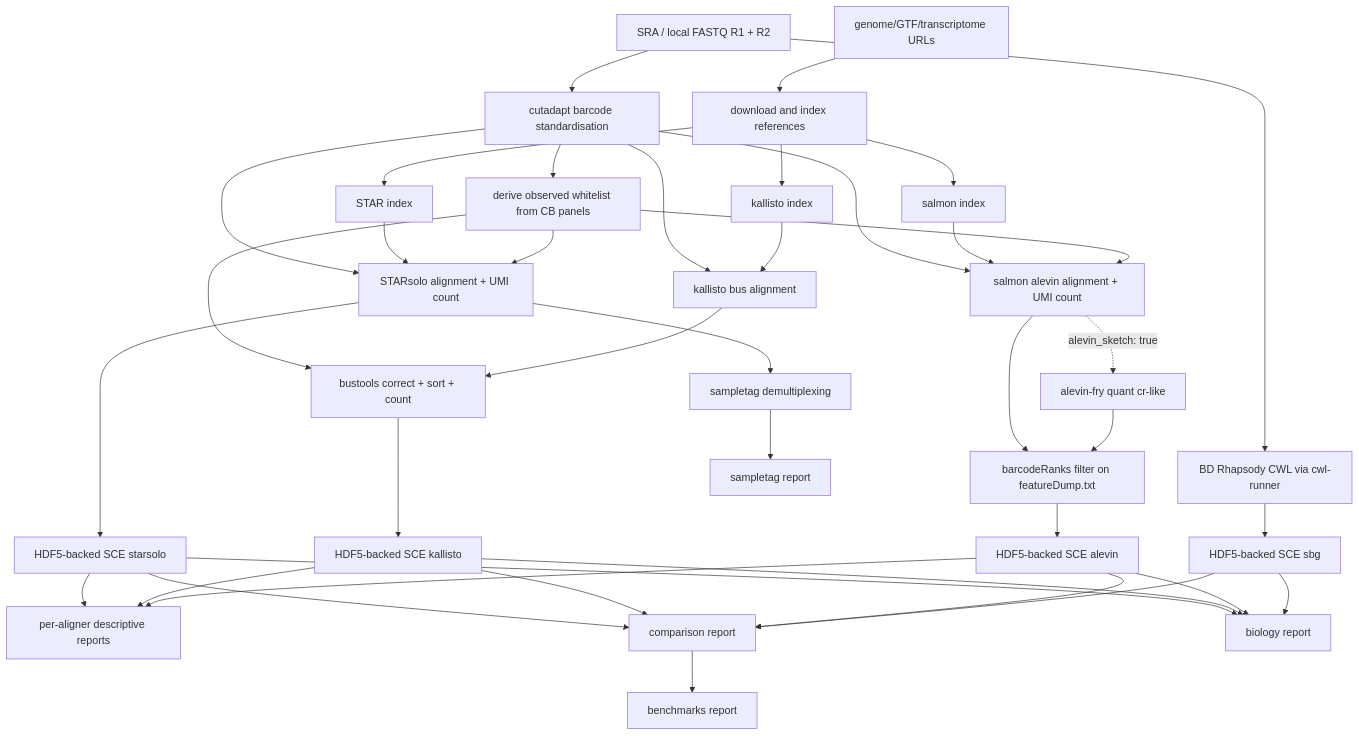
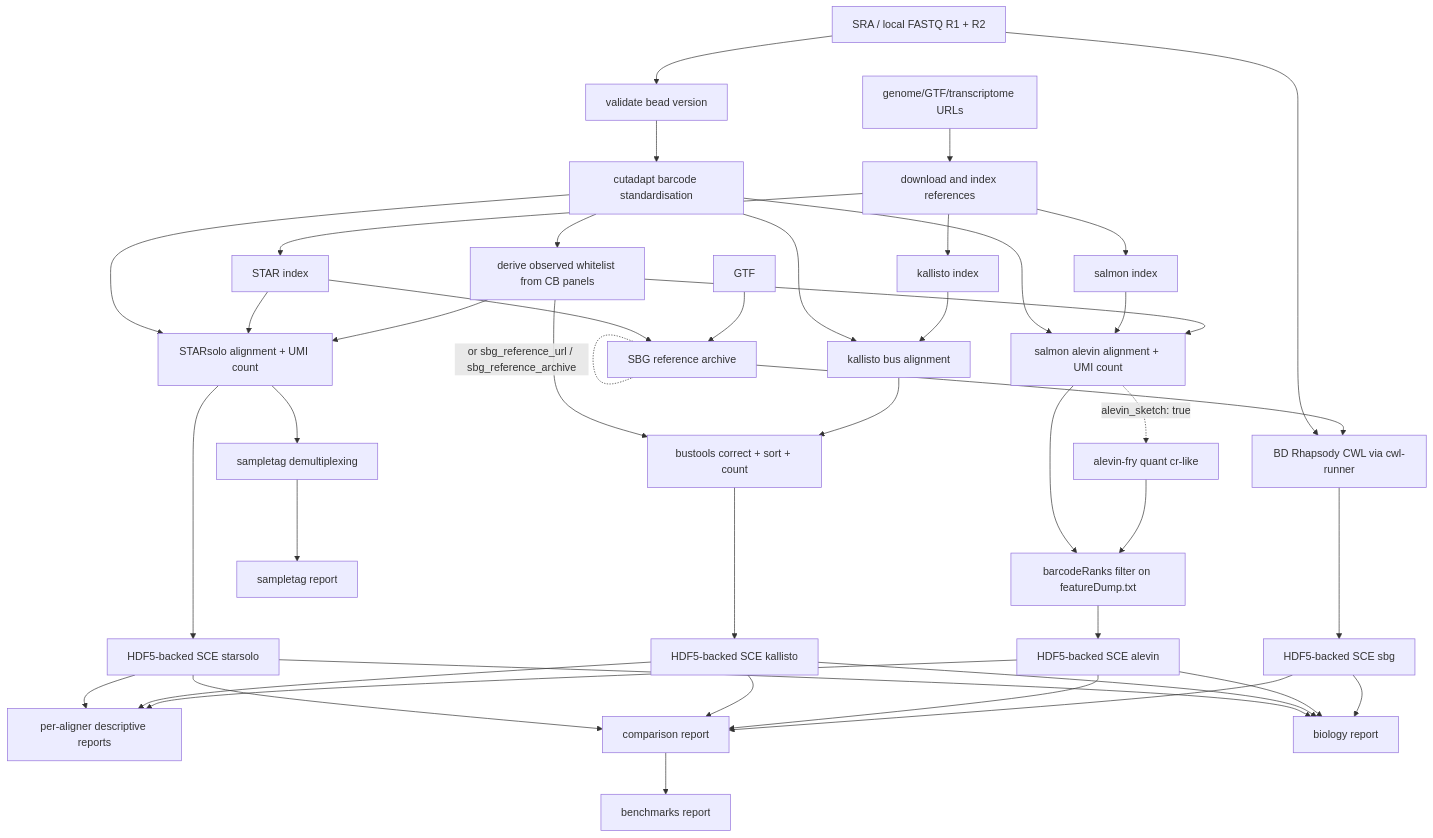
Before and after one commit to imallona/rhapsodist: the diagram in README.md, drawn with Mermaid. The commit also changed other lines of this file and 3 other files, not shown here.

````diff
--- a/README.md
+++ b/README.md
@@ -13,40 +13,46 @@
 ```mermaid
 flowchart TD
-    sra[SRA / local FASTQ R1 + R2] --> cutadapt[cutadapt barcode standardisation]
+    sra[SRA / local FASTQ R1 + R2] --> validate[validate bead version]
+    validate --> cutadapt[cutadapt barcode standardisation]
 
     ref_url[genome/GTF/transcriptome URLs] --> download[download and index references]
     download --> star_idx[STAR index]
     download --> salmon_idx[salmon index]
     download --> kallisto_idx[kallisto index]
 
     cutadapt --> wl[derive observed whitelist from CB panels]
     cutadapt --> starsolo[STARsolo alignment + UMI count]
     cutadapt --> kallisto[kallisto bus alignment]
     cutadapt --> alevin[salmon alevin alignment + UMI count]
     sra --> sbg[BD Rhapsody CWL via cwl-runner]
 
     star_idx --> starsolo
     salmon_idx --> alevin
     kallisto_idx --> kallisto
+
+    star_idx --> sbg_ref[SBG reference archive]
+    gtf[GTF] --> sbg_ref
+    sbg_ref -. or sbg_reference_url / sbg_reference_archive .- sbg_ref
+    sbg_ref --> sbg
 
     wl --> starsolo
     wl --> bustools[bustools correct + sort + count]
     wl --> alevin
 
     starsolo --> sce_star[HDF5-backed SCE starsolo]
     kallisto --> bustools
     bustools --> sce_kallisto[HDF5-backed SCE kallisto]
     alevin --> knee[barcodeRanks filter on featureDump.txt]
     alevin -. alevin_sketch: true .-> fry[alevin-fry quant cr-like]
     fry --> knee
     knee --> sce_alevin[HDF5-backed SCE alevin]
     sbg --> sce_sbg[HDF5-backed SCE sbg]
 
     sce_star & sce_kallisto & sce_alevin --> desc[per-aligner descriptive reports]
     sce_star & sce_kallisto & sce_alevin & sce_sbg --> comparison[comparison report]
     sce_star & sce_kallisto & sce_alevin & sce_sbg --> biology[biology report]
     comparison --> benchmarks[benchmarks report]
 
     starsolo --> sampletags[sampletag demultiplexing]
     sampletags --> st_report[sampletag report]
 ```
````
